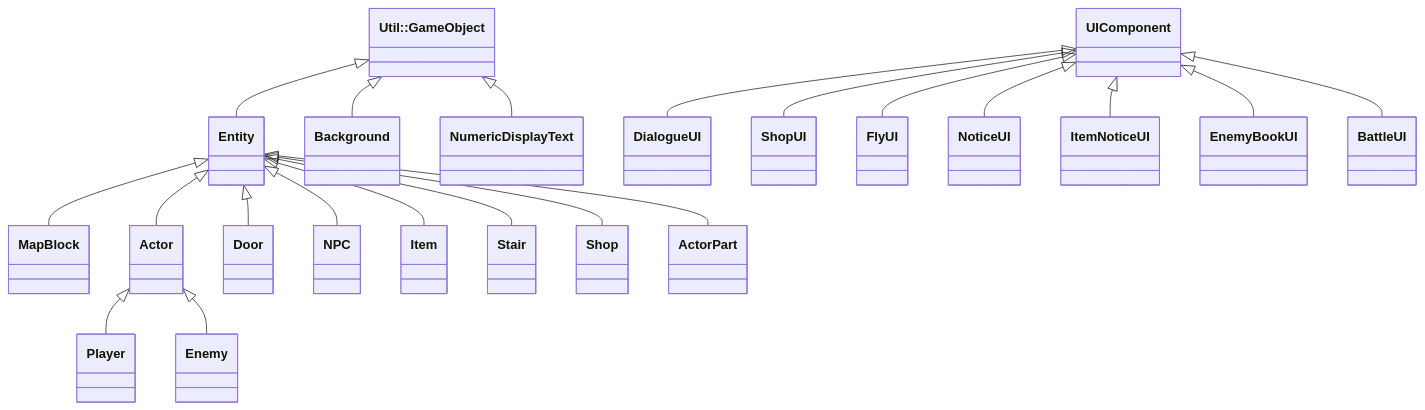
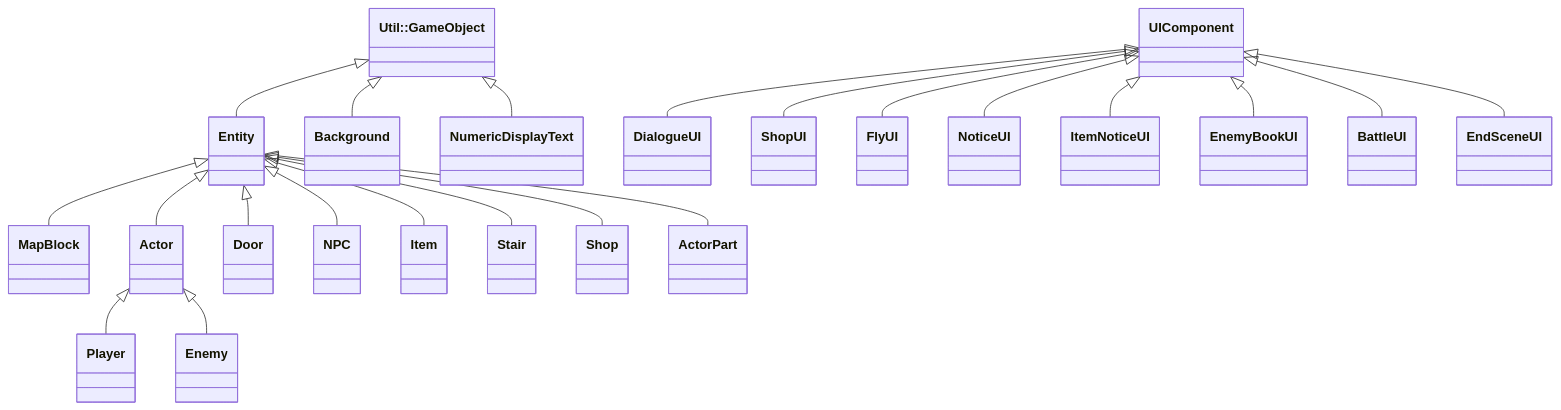
Before and after one commit to XWJWPIY/schoolwork_recreate_magic_tower: the first of 5 diagrams in Constructure.md, drawn with Mermaid. The commit also changed other lines of this file and 3 other files, not shown here.

````diff
--- a/Constructure.md
+++ b/Constructure.md
@@ -7,31 +7,32 @@
 ```mermaid
 classDiagram
     direction TB
     class GameObject["Util::GameObject"]
     class Entity
     class UIComponent
 
     GameObject <|-- Entity
     GameObject <|-- Background
     GameObject <|-- NumericDisplayText
     
     Entity <|-- MapBlock
     Entity <|-- Actor
     Entity <|-- Door
     Entity <|-- NPC
     Entity <|-- Item
     Entity <|-- Stair
     Entity <|-- Shop
     Entity <|-- ActorPart
 
     Actor <|-- Player
     Actor <|-- Enemy
 
     UIComponent <|-- DialogueUI
     UIComponent <|-- ShopUI
     UIComponent <|-- FlyUI
     UIComponent <|-- NoticeUI
     UIComponent <|-- ItemNoticeUI
     UIComponent <|-- EnemyBookUI
     UIComponent <|-- BattleUI
+    UIComponent <|-- EndSceneUI
 ```
````
